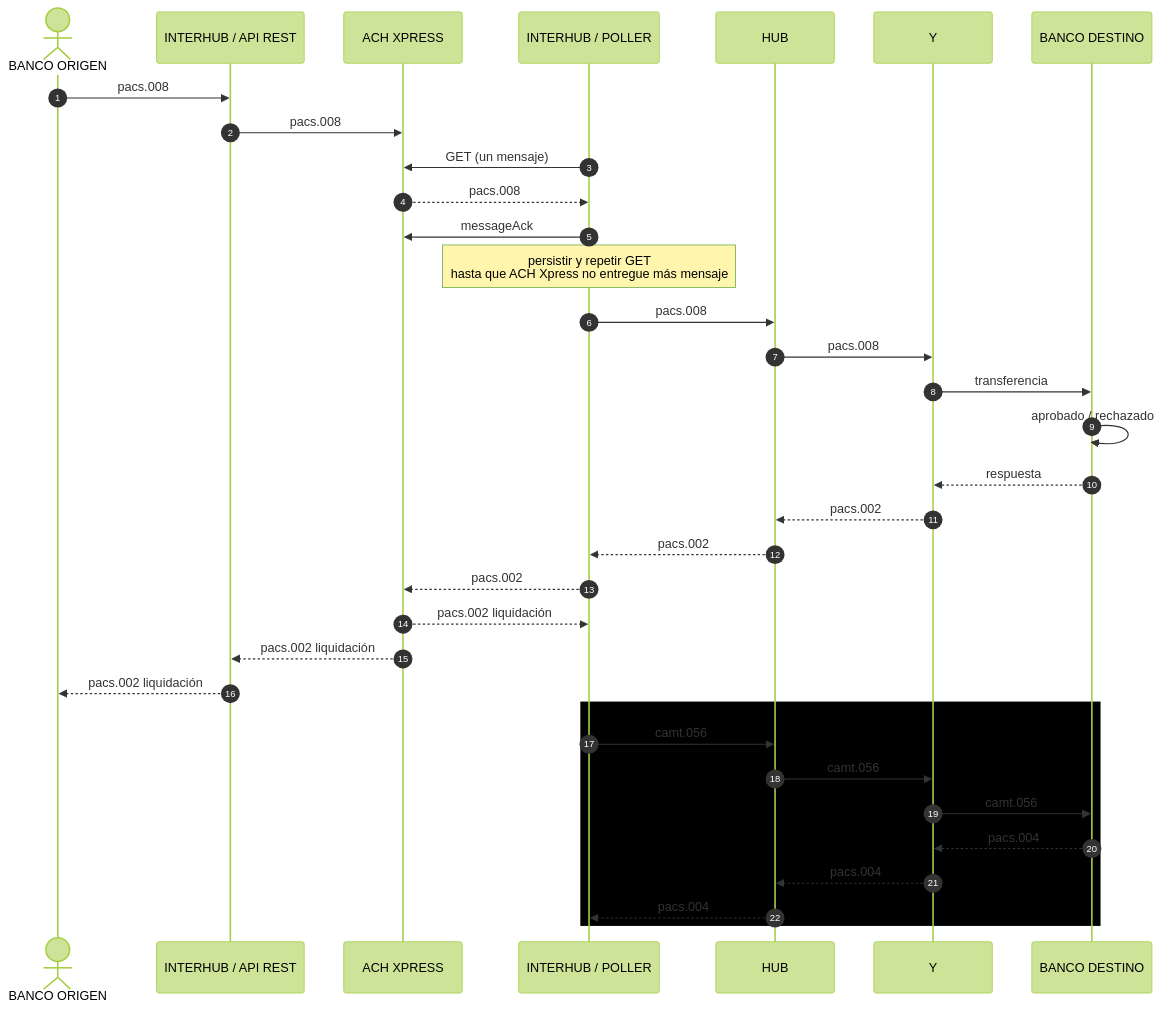
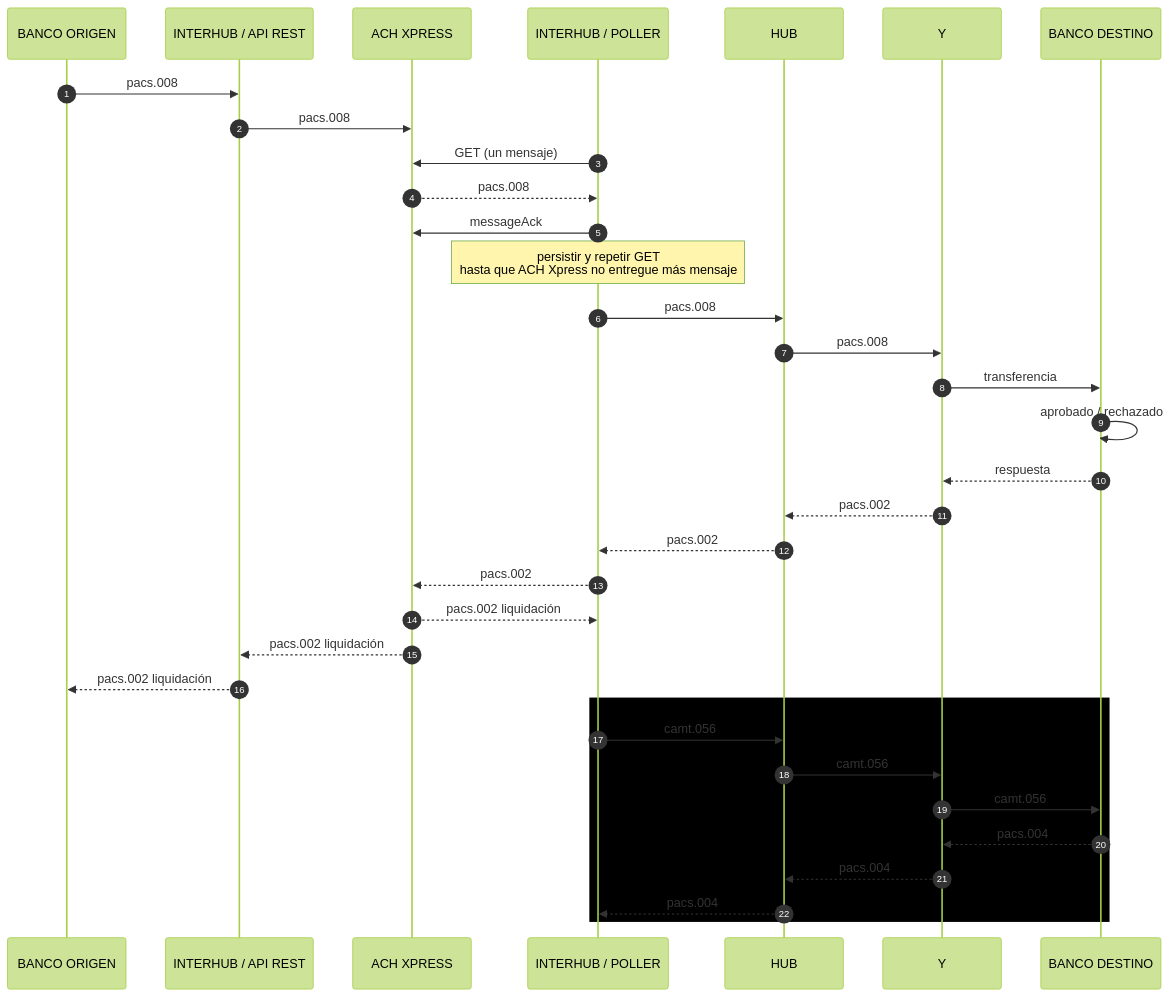
Before and after one commit to fdiaz-tlrd/second-brain: the first of 2 diagrams in conecta/FMR-DES-002.md, drawn with Mermaid (forest theme). The commit also changed 7 other files, not shown here.

````diff
--- a/conecta/FMR-DES-002.md
+++ b/conecta/FMR-DES-002.md
@@ -51,44 +51,44 @@
 ```mermaid
 sequenceDiagram
     autonumber
-    actor BO as BANCO ORIGEN
+    participant BO as BANCO ORIGEN
     participant IA as INTERHUB / API REST
     participant AX as ACH XPRESS
     participant IP as INTERHUB / POLLER
     participant H as HUB
     participant Y as Y
     participant BD as BANCO DESTINO
 
     BO->>IA: pacs.008
     IA->>AX: pacs.008
 
     IP->>AX: GET (un mensaje)
     AX-->>IP: pacs.008
     IP->>AX: messageAck
     Note over IP: persistir y repetir GET<br/>hasta que ACH Xpress no entregue más mensaje
 
     IP->>H: pacs.008
     H->>Y: pacs.008
     Y->>BD: transferencia
 
     BD->>BD: aprobado / rechazado
     BD-->>Y: respuesta
 
     Y-->>H: pacs.002
     H-->>IP: pacs.002
     IP-->>AX: pacs.002
     AX-->>IP: pacs.002 liquidación
 
     AX-->>IA: pacs.002 liquidación
     IA-->>BO: pacs.002 liquidación
 
 
     rect Reversa / Devolución
         IP->>H: camt.056
         H->>Y: camt.056
         Y->>BD: camt.056
         BD-->>Y: pacs.004
         Y-->>H: pacs.004
         H-->>IP: pacs.004        
     end
 ```
````
